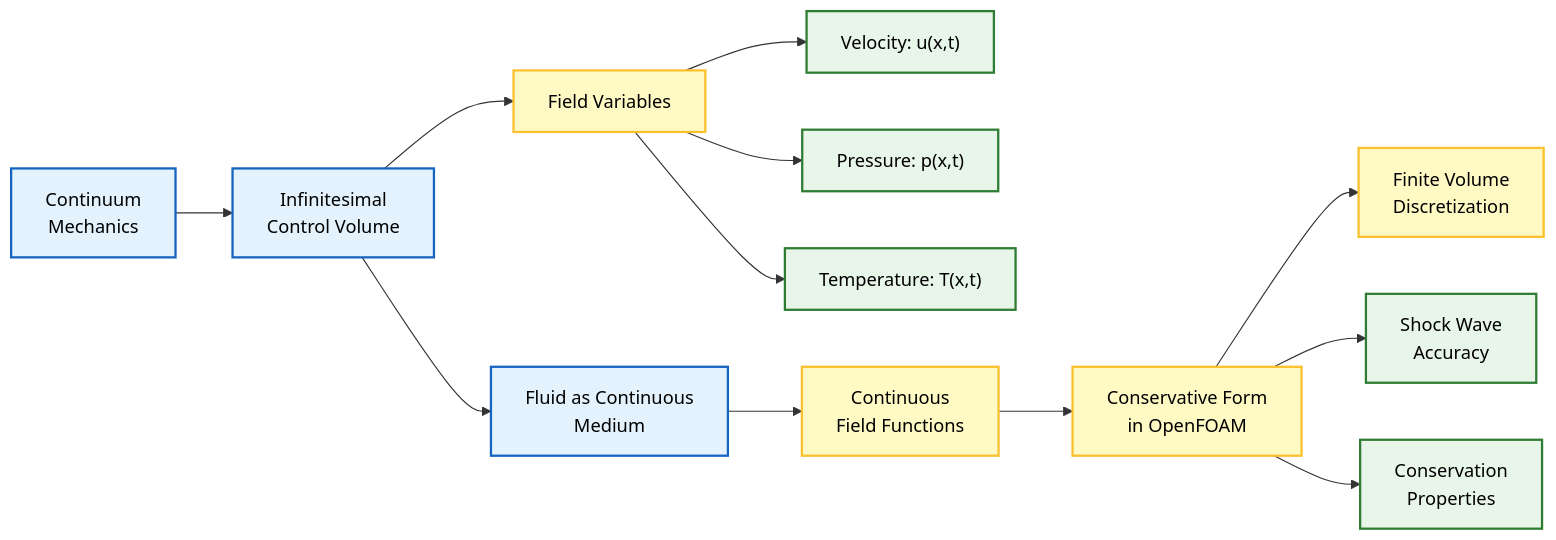
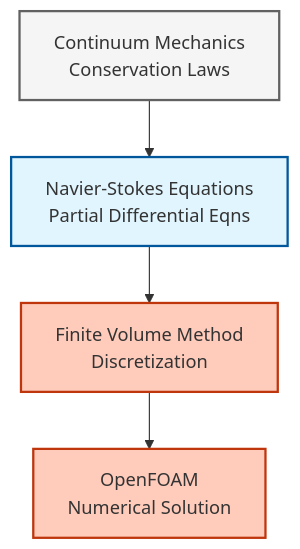
One commit to wramet/build-my-cfd changed the first of 4 diagrams in MODULE_01_CFD_FUNDAMENTALS/CONTENT/01_GOVERNING_EQUATIONS/01_Introduction.md. Above: the diagram before and after it, drawn with Mermaid. The commit also changed other lines of this file and 313 other files, not shown here.

Commit message:
Revise all diagram

````diff
--- a/MODULE_01_CFD_FUNDAMENTALS/CONTENT/01_GOVERNING_EQUATIONS/01_Introduction.md
+++ b/MODULE_01_CFD_FUNDAMENTALS/CONTENT/01_GOVERNING_EQUATIONS/01_Introduction.md
@@ -11,23 +11,14 @@
 ```mermaid
-graph LR
-    A["Continuum<br/>Mechanics"] --> B["Infinitesimal<br/>Control Volume"]
-    B --> C["Field Variables"]
-    C --> D["Velocity: u(x,t)"]
-    C --> E["Pressure: p(x,t)"]
-    C --> F["Temperature: T(x,t)"]
-    B --> G["Fluid as Continuous<br/>Medium"]
-    G --> H["Continuous<br/>Field Functions"]
-    H --> I["Conservative Form<br/>in OpenFOAM"]
-    I --> J["Finite Volume<br/>Discretization"]
-    I --> K["Shock Wave<br/>Accuracy"]
-    I --> L["Conservation<br/>Properties"]
+graph TD
+classDef implicit fill:#e1f5fe,stroke:#01579b,stroke-width:2px
+classDef explicit fill:#ffccbc,stroke:#bf360c,stroke-width:2px
+classDef context fill:#f5f5f5,stroke:#616161,stroke-width:2px
+Theory["Continuum Mechanics<br/>Conservation Laws"]:::context
+PDE["Navier-Stokes Equations<br/>Partial Differential Eqns"]:::implicit
+FVM["Finite Volume Method<br/>Discretization"]:::explicit
+Code["OpenFOAM<br/>Numerical Solution"]:::explicit
 
-    classDef process fill:#e3f2fd,stroke:#1565c0,stroke-width:2px,color:#000;
-    classDef decision fill:#fff9c4,stroke:#fbc02d,stroke-width:2px,color:#000;
-    classDef terminator fill:#ffebee,stroke:#c62828,stroke-width:2px,color:#000;
-    classDef storage fill:#e8f5e9,stroke:#2e7d32,stroke-width:2px,color:#000;
-
-    class A,B,G process;
-    class C,H,I,J decision;
-    class D,E,F,K,L storage
+Theory --> PDE
+PDE --> FVM
+FVM --> Code
 ```
````
